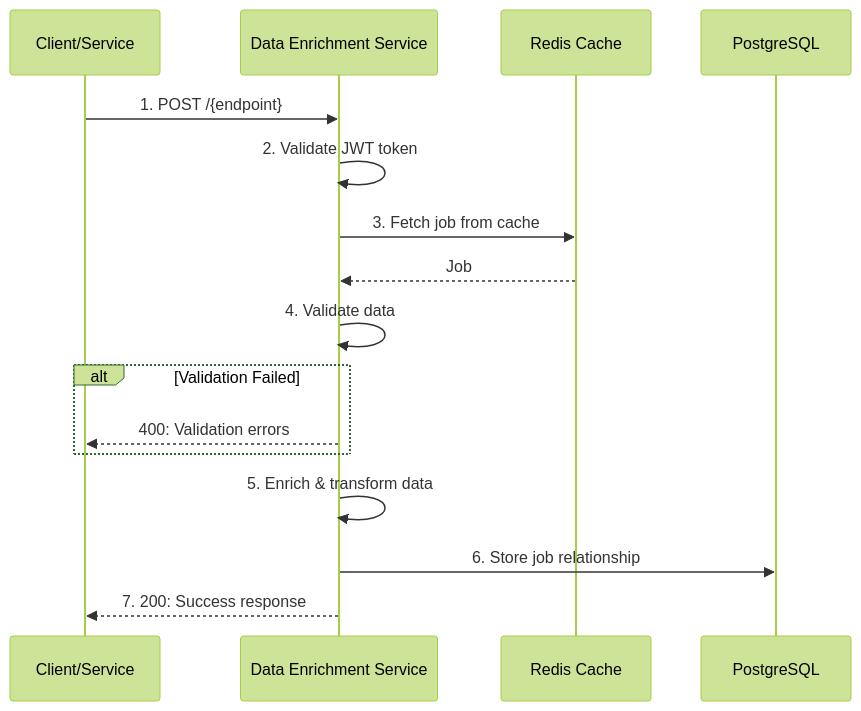
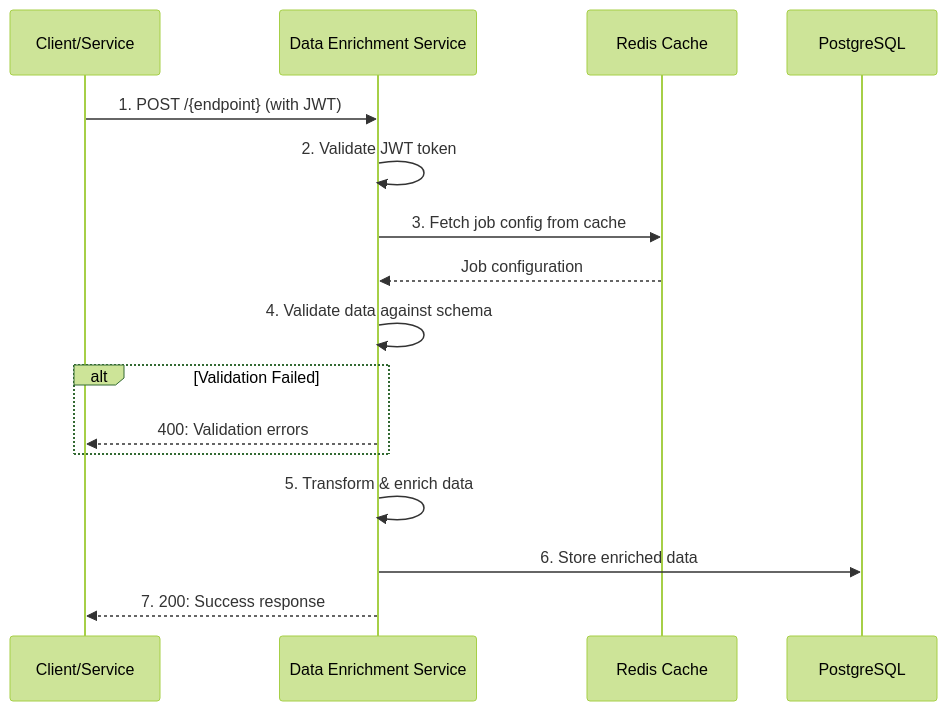
Before and after one commit to tazama-lf/data-enrichment-service: the first of 2 diagrams in README.md, drawn with Mermaid (forest theme). The commit also changed other lines of this file, not shown here.

````diff
--- a/README.md
+++ b/README.md
@@ -131,19 +154,19 @@
 ```mermaid
 sequenceDiagram
     participant Client as Client/Service
     participant DEAPI as Data Enrichment Service
     participant Redis as Redis Cache
     participant DB as PostgreSQL
     
-    Client->>DEAPI: 1. POST /{endpoint}
+    Client->>DEAPI: 1. POST /{endpoint} (with JWT)
     DEAPI->>DEAPI: 2. Validate JWT token
-    DEAPI->>Redis: 3. Fetch job from cache
-    Redis-->>DEAPI: Job
-    DEAPI->>DEAPI: 4. Validate data
+    DEAPI->>Redis: 3. Fetch job config from cache
+    Redis-->>DEAPI: Job configuration
+    DEAPI->>DEAPI: 4. Validate data against schema
     alt Validation Failed
         DEAPI-->>Client: 400: Validation errors
     end
-    DEAPI->>DEAPI: 5. Enrich & transform data
-    DEAPI->>DB: 6. Store job relationship
+    DEAPI->>DEAPI: 5. Transform & enrich data
+    DEAPI->>DB: 6. Store enriched data
     DEAPI-->>Client: 7. 200: Success response
 ```
````
